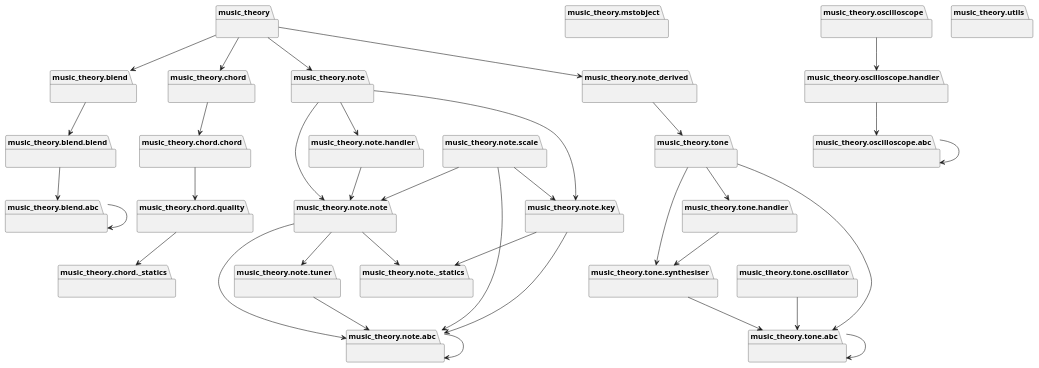
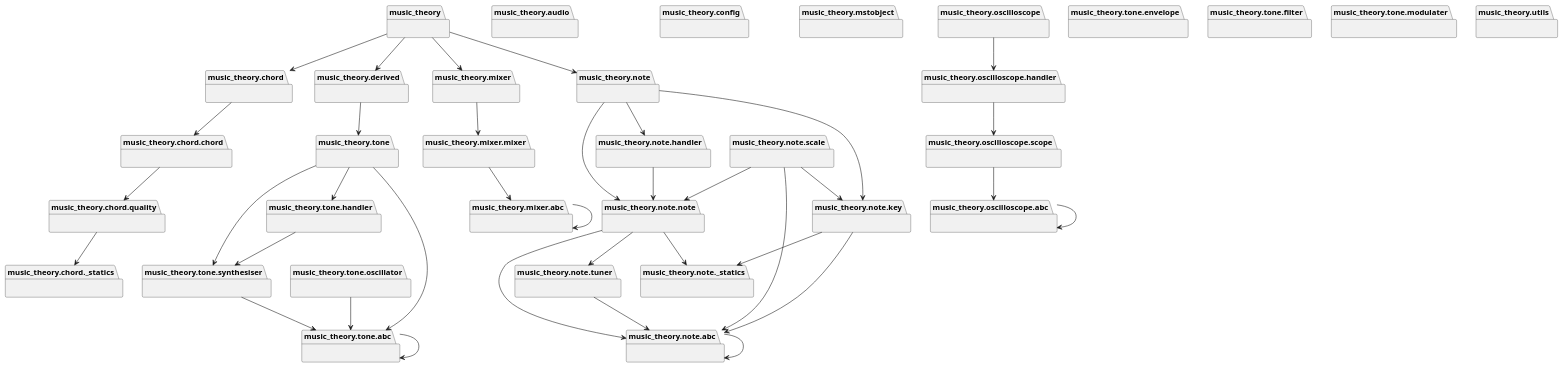
Before and after one commit to Oujox/music-theory: the diagram in .uml/packages_music-theory.puml, drawn with PlantUML. The commit also changed 18 other files, not shown here.

```diff
--- a/.uml/packages_music-theory.puml
+++ b/.uml/packages_music-theory.puml
@@ -1,92 +1,105 @@
 @startuml packages_music-theory
 set namespaceSeparator none
 package "music_theory" as music_theory {
 }
-package "music_theory.blend" as music_theory.blend {
-}
-package "music_theory.blend.abc" as music_theory.blend.abc {
-}
-package "music_theory.blend.blend" as music_theory.blend.blend {
+package "music_theory.audio" as music_theory.audio {
 }
 package "music_theory.chord" as music_theory.chord {
 }
 package "music_theory.chord._statics" as music_theory.chord._statics {
 }
 package "music_theory.chord.chord" as music_theory.chord.chord {
 }
 package "music_theory.chord.quality" as music_theory.chord.quality {
+}
+package "music_theory.config" as music_theory.config {
+}
+package "music_theory.derived" as music_theory.derived {
+}
+package "music_theory.mixer" as music_theory.mixer {
+}
+package "music_theory.mixer.abc" as music_theory.mixer.abc {
+}
+package "music_theory.mixer.mixer" as music_theory.mixer.mixer {
 }
 package "music_theory.mstobject" as music_theory.mstobject {
 }
 package "music_theory.note" as music_theory.note {
 }
 package "music_theory.note._statics" as music_theory.note._statics {
 }
 package "music_theory.note.abc" as music_theory.note.abc {
 }
 package "music_theory.note.handler" as music_theory.note.handler {
 }
 package "music_theory.note.key" as music_theory.note.key {
 }
 package "music_theory.note.note" as music_theory.note.note {
 }
 package "music_theory.note.scale" as music_theory.note.scale {
 }
 package "music_theory.note.tuner" as music_theory.note.tuner {
 }
-package "music_theory.note_derived" as music_theory.note_derived {
-}
 package "music_theory.oscilloscope" as music_theory.oscilloscope {
 }
 package "music_theory.oscilloscope.abc" as music_theory.oscilloscope.abc {
 }
 package "music_theory.oscilloscope.handler" as music_theory.oscilloscope.handler {
 }
+package "music_theory.oscilloscope.scope" as music_theory.oscilloscope.scope {
+}
 package "music_theory.tone" as music_theory.tone {
 }
 package "music_theory.tone.abc" as music_theory.tone.abc {
 }
+package "music_theory.tone.envelope" as music_theory.tone.envelope {
+}
+package "music_theory.tone.filter" as music_theory.tone.filter {
+}
 package "music_theory.tone.handler" as music_theory.tone.handler {
+}
+package "music_theory.tone.modulater" as music_theory.tone.modulater {
 }
 package "music_theory.tone.oscillator" as music_theory.tone.oscillator {
 }
 package "music_theory.tone.synthesiser" as music_theory.tone.synthesiser {
 }
 package "music_theory.utils" as music_theory.utils {
 }
-music_theory --> music_theory.blend
 music_theory --> music_theory.chord
+music_theory --> music_theory.derived
+music_theory --> music_theory.mixer
 music_theory --> music_theory.note
-music_theory --> music_theory.note_derived
-music_theory.blend --> music_theory.blend.blend
-music_theory.blend.abc --> music_theory.blend.abc
-music_theory.blend.blend --> music_theory.blend.abc
 music_theory.chord --> music_theory.chord.chord
 music_theory.chord.chord --> music_theory.chord.quality
 music_theory.chord.quality --> music_theory.chord._statics
+music_theory.derived --> music_theory.tone
+music_theory.mixer --> music_theory.mixer.mixer
+music_theory.mixer.abc --> music_theory.mixer.abc
+music_theory.mixer.mixer --> music_theory.mixer.abc
 music_theory.note --> music_theory.note.handler
 music_theory.note --> music_theory.note.key
 music_theory.note --> music_theory.note.note
 music_theory.note.abc --> music_theory.note.abc
 music_theory.note.handler --> music_theory.note.note
 music_theory.note.key --> music_theory.note._statics
 music_theory.note.key --> music_theory.note.abc
 music_theory.note.note --> music_theory.note._statics
 music_theory.note.note --> music_theory.note.abc
 music_theory.note.note --> music_theory.note.tuner
 music_theory.note.scale --> music_theory.note.abc
 music_theory.note.scale --> music_theory.note.key
 music_theory.note.scale --> music_theory.note.note
 music_theory.note.tuner --> music_theory.note.abc
-music_theory.note_derived --> music_theory.tone
 music_theory.oscilloscope --> music_theory.oscilloscope.handler
 music_theory.oscilloscope.abc --> music_theory.oscilloscope.abc
-music_theory.oscilloscope.handler --> music_theory.oscilloscope.abc
+music_theory.oscilloscope.handler --> music_theory.oscilloscope.scope
+music_theory.oscilloscope.scope --> music_theory.oscilloscope.abc
 music_theory.tone --> music_theory.tone.abc
 music_theory.tone --> music_theory.tone.handler
 music_theory.tone --> music_theory.tone.synthesiser
 music_theory.tone.abc --> music_theory.tone.abc
 music_theory.tone.handler --> music_theory.tone.synthesiser
 music_theory.tone.oscillator --> music_theory.tone.abc
 music_theory.tone.synthesiser --> music_theory.tone.abc
 @enduml
```
